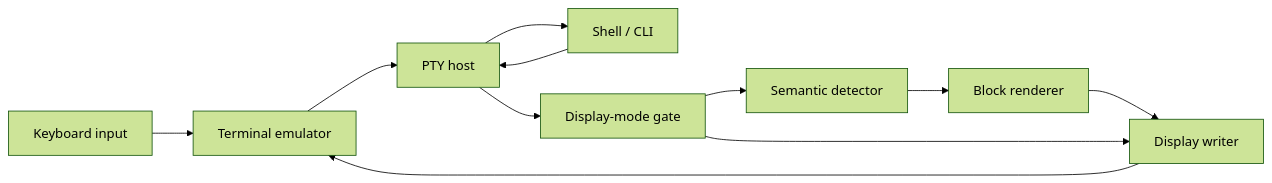
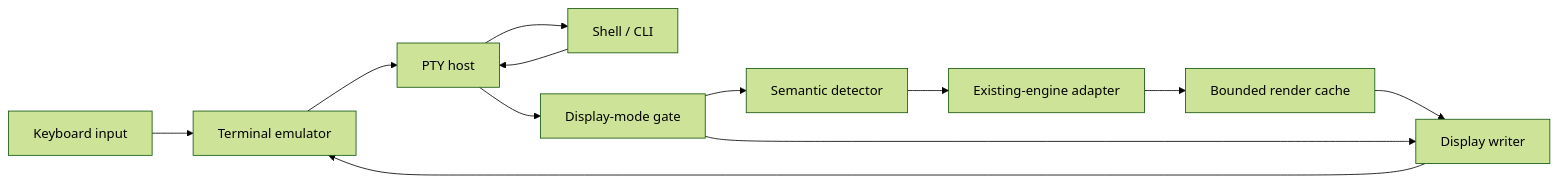
One commit to iwashita-nozomu/ptymark changed the diagram in documents/architecture.md. Above: the diagram before and after it, drawn with Mermaid (forest theme). The commit also changed other lines of this file, not shown here.

Commit message:
Align architecture with existing-engine adapters and UI model

````diff
--- a/documents/architecture.md
+++ b/documents/architecture.md
@@ -23,13 +23,14 @@
 ```mermaid
 flowchart LR
     User[Keyboard input] --> Terminal[Terminal emulator]
     Terminal --> Host[PTY host]
     Host --> Child[Shell / CLI]
     Child --> Host
     Host --> Gate[Display-mode gate]
     Gate --> Detector[Semantic detector]
-    Detector --> BlockRenderer[Block renderer]
-    BlockRenderer --> Writer[Display writer]
+    Detector --> Adapter[Existing-engine adapter]
+    Adapter --> Cache[Bounded render cache]
+    Cache --> Writer[Display writer]
     Gate --> Writer
     Writer --> Terminal
 ```
````
